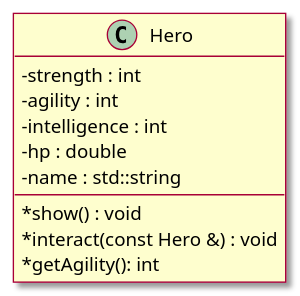
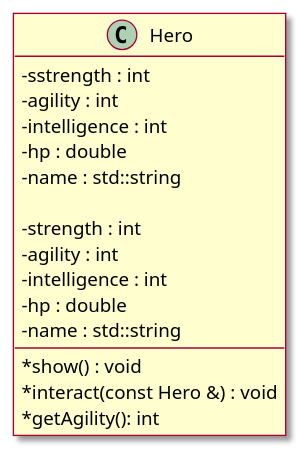
The first of 2 diagrams in content/docs/cours/PageTemplate.md (HE-Arc/1242.2-Langage_CPP), drawn with PlantUML before and after one commit. The commit also changed 5 other files, not shown here.

```diff
--- a/content/docs/cours/PageTemplate.md
+++ b/content/docs/cours/PageTemplate.md
@@ -313,18 +313,23 @@
 {{< plantuml id="eg1">}}
 @startuml
 skin rose
 skinparam classAttributeIconSize 0
 class Hero {
+   - sstrength : int
+   - agility : int
+   - intelligence : int
+   - hp : double
+   - name : std::string
 
 - strength : int
 - agility : int
 - intelligence : int
 - hp : double
 - name : std::string
 
 * show() : void
 * interact(const Hero &) : void
 * getAgility(): int
   }
   @enduml
   {{< /plantuml >}}
```
